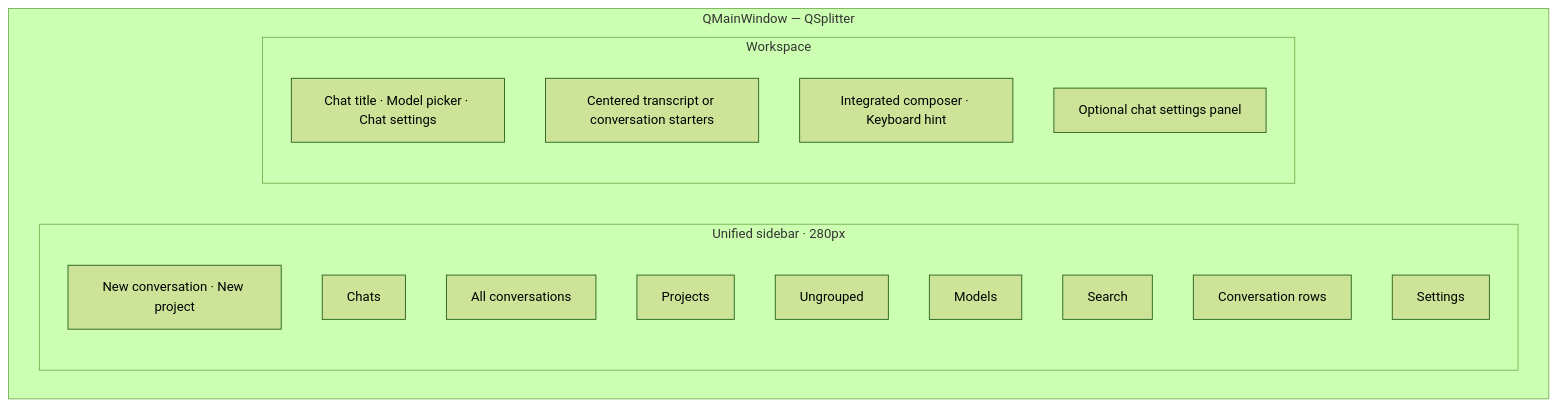
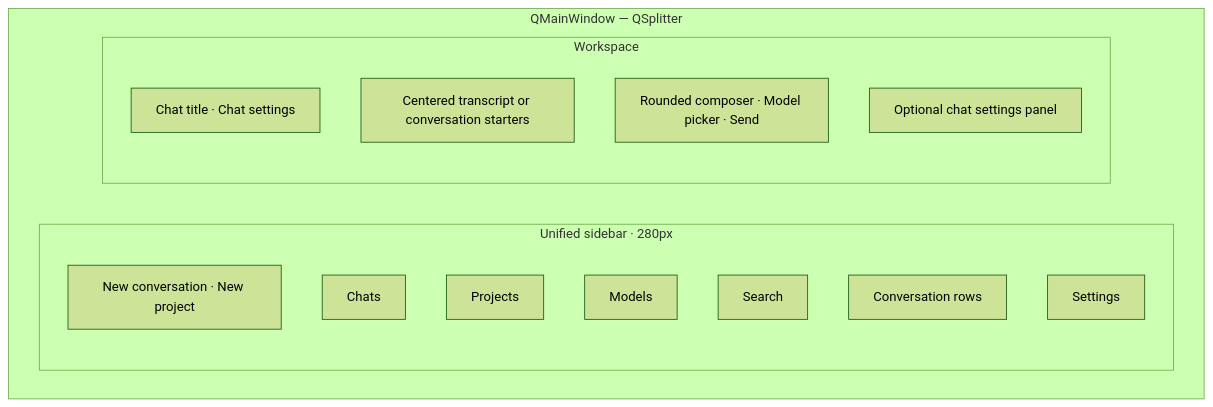
One commit to FincoDinco/orchevian changed the second of 2 diagrams in DESIGN.md. Above: the diagram before and after it, drawn with Mermaid (forest theme). The commit also changed other lines of this file and 61 other files, not shown here.

````diff
--- a/DESIGN.md
+++ b/DESIGN.md
@@ -673,22 +681,20 @@
 ```mermaid
 flowchart TB
   subgraph window["QMainWindow — QSplitter"]
     subgraph col1["Unified sidebar · 280px"]
       N1["New conversation · New project"]
       S1["Chats"]
-      S2["  All conversations"]
       S3["  Projects"]
-      S4["  Ungrouped"]
       S5["Models"]
       L1["Search"]
       L3["Conversation rows"]
       S6["Settings"]
     end
     subgraph col3["Workspace"]
-      T1["Chat title · Model picker · Chat settings"]
+      T1["Chat title · Chat settings"]
       T2["Centered transcript or conversation starters"]
-      T3["Integrated composer · Keyboard hint"]
+      T3["Rounded composer · Model picker · Send"]
       T4["Optional chat settings panel"]
     end
   end
 ```
````
